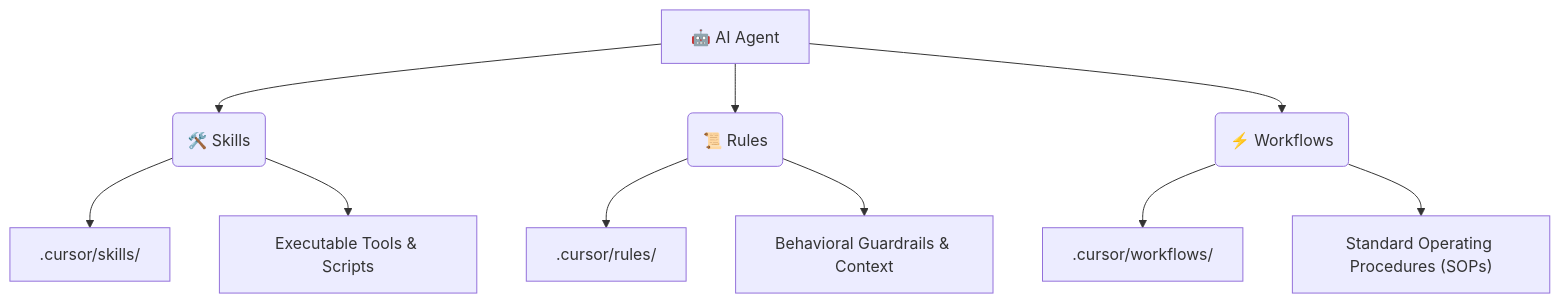
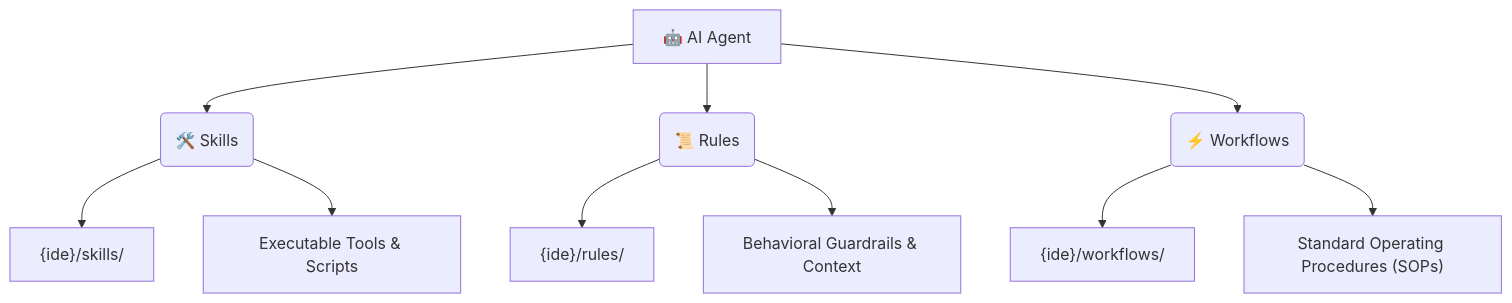
One commit to QuBiit0/lmagent changed the diagram in README.md. Above: the diagram before and after it, drawn with Mermaid. The commit also changed other lines of this file and 65 other files, not shown here.

````diff
--- a/README.md
+++ b/README.md
@@ -57,15 +64,15 @@
 ```mermaid
 graph TD
     A["🤖 AI Agent"] --> B("🛠️ Skills")
     A --> C("📜 Rules")
     A --> D("⚡ Workflows")
     
-    B --> B1[".cursor/skills/"]
+    B --> B1["{ide}/skills/"]
     B --> B2["Executable Tools & Scripts"]
     
-    C --> C1[".cursor/rules/"]
+    C --> C1["{ide}/rules/"]
     C --> C2["Behavioral Guardrails & Context"]
     
-    D --> D1[".cursor/workflows/"]
+    D --> D1["{ide}/workflows/"]
     D --> D2["Standard Operating Procedures (SOPs)"]
 ```
````
